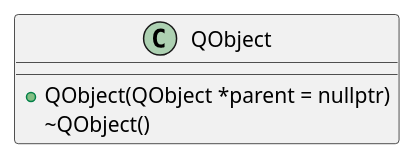
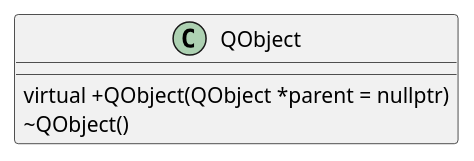
Before and after one commit to scandyna/MdtExecutableFile: the diagram in doc/plantuml/Qt/Core/QObject.puml, drawn with PlantUML. The commit also changed 16 other files, not shown here.

Commit message:
doc UML: import Qt from mdt-library-uml

```diff
--- a/doc/plantuml/Qt/Core/QObject.puml
+++ b/doc/plantuml/Qt/Core/QObject.puml
@@ -1,6 +1,6 @@
 @startuml
 class QObject {
-  +QObject(QObject *parent = nullptr)
+  virtual +QObject(QObject *parent = nullptr)
   \~QObject()
 }
 @enduml
```
